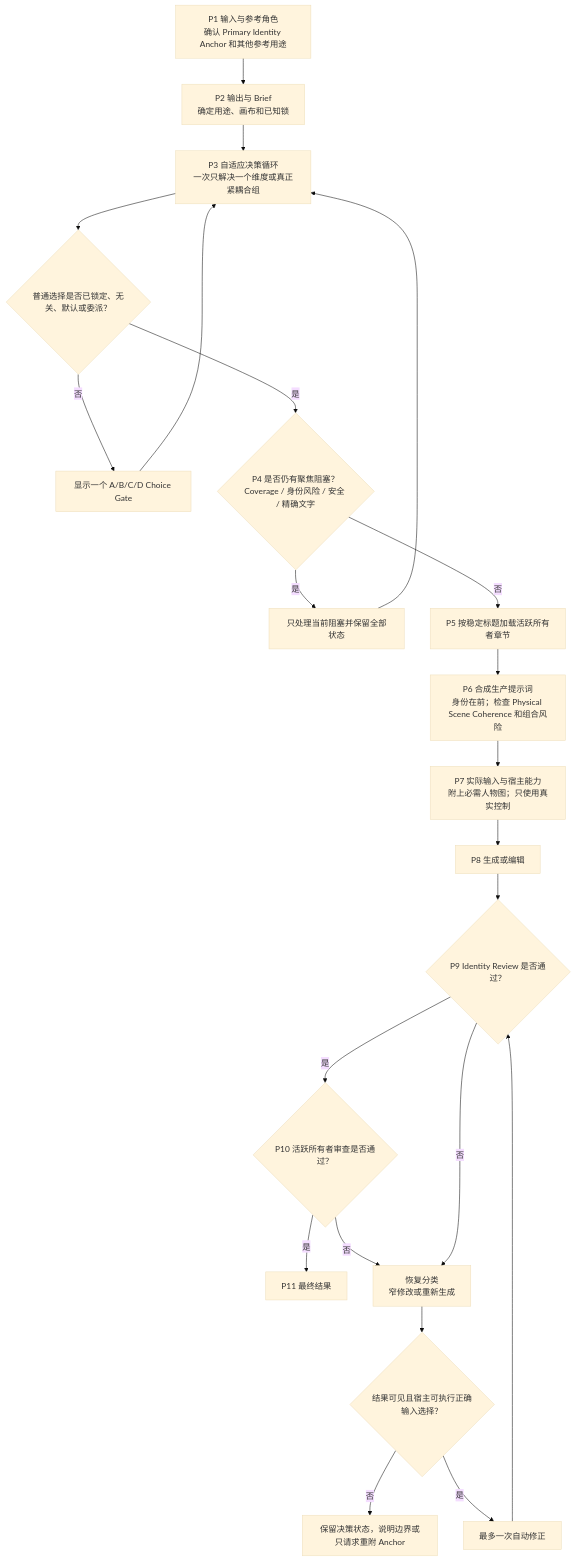
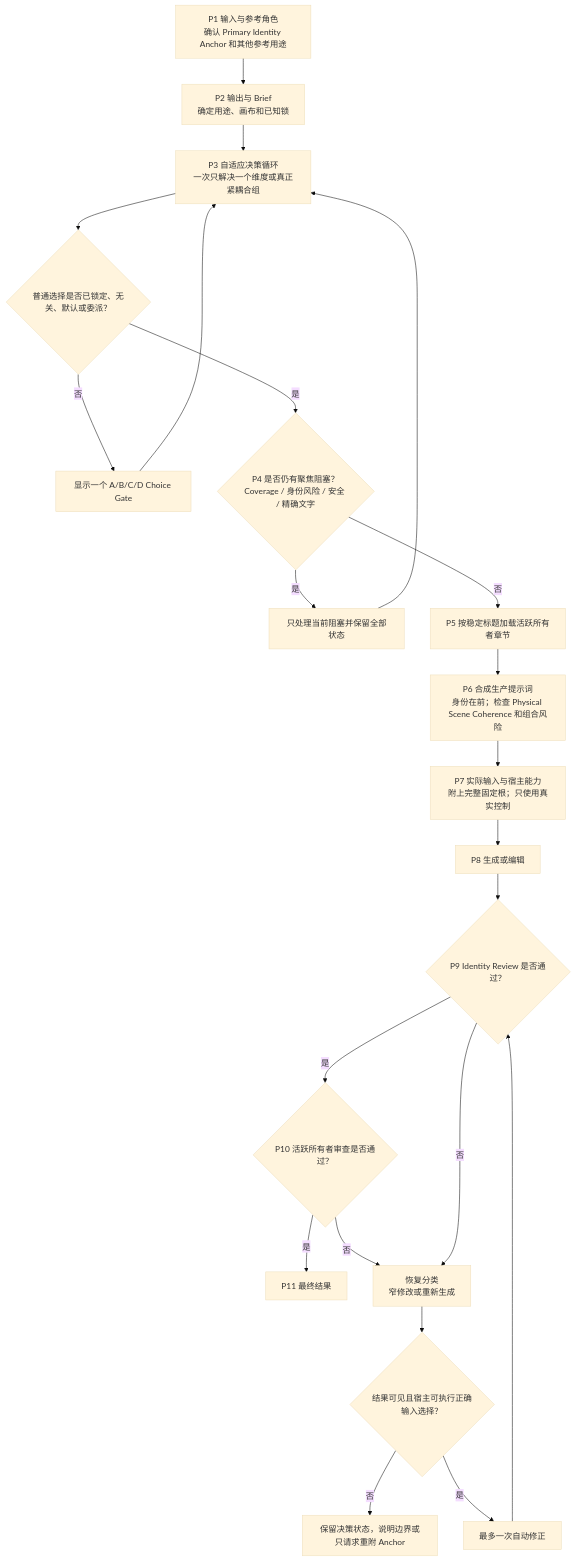
The fourth of 13 diagrams in docs/architecture.md (cyaoc/cast-me), drawn with Mermaid (base theme) before and after one commit. The commit also changed other lines of this file and 6 other files, not shown here.

````diff
--- a/docs/architecture.md
+++ b/docs/architecture.md
@@ -185,24 +188,24 @@
 ```mermaid
 flowchart TD
     P1["P1 输入与参考角色<br/>确认 Primary Identity Anchor 和其他参考用途"] --> P2["P2 输出与 Brief<br/>确定用途、画布和已知锁"]
     P2 --> P3["P3 自适应决策循环<br/>一次只解决一个维度或真正紧耦合组"]
     P3 --> ORDINARY{"普通选择是否已锁定、无关、默认或委派？"}
     ORDINARY -- 否 --> GATE["显示一个 A/B/C/D Choice Gate"]
     GATE --> P3
     ORDINARY -- 是 --> P4{"P4 是否仍有聚焦阻塞？<br/>Coverage / 身份风险 / 安全 / 精确文字"}
     P4 -- 是 --> FOCUSED["只处理当前阻塞并保留全部状态"]
     FOCUSED --> P3
     P4 -- 否 --> P5["P5 按稳定标题加载活跃所有者章节"]
     P5 --> P6["P6 合成生产提示词<br/>身份在前；检查 Physical Scene Coherence 和组合风险"]
-    P6 --> P7["P7 实际输入与宿主能力<br/>附上必需人物图；只使用真实控制"]
+    P6 --> P7["P7 实际输入与宿主能力<br/>附上完整固定根；只使用真实控制"]
     P7 --> P8["P8 生成或编辑"]
     P8 --> P9{"P9 Identity Review 是否通过？"}
     P9 -- 是 --> P10{"P10 活跃所有者审查是否通过？"}
     P10 -- 是 --> P11["P11 最终结果"]
     P10 -- 否 --> RECOVERY["恢复分类<br/>窄修改或重新生成"]
     P9 -- 否 --> RECOVERY
     RECOVERY --> CAPABLE{"结果可见且宿主可执行正确输入选择？"}
     CAPABLE -- 否 --> STOP["保留决策状态，说明边界或只请求重附 Anchor"]
     CAPABLE -- 是 --> ONCE["最多一次自动修正"]
     ONCE --> P9
 ```
````
